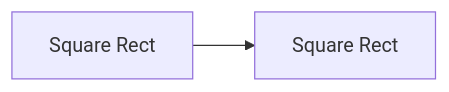
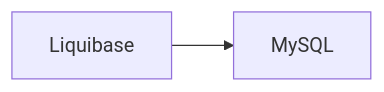
One commit to erinlkolp/liquibase-percona-mysql-docker-demo changed the diagram in README.md. Above: the diagram before and after it, drawn with Mermaid.

Commit message:
Updates Readme. Test this please.

````diff
--- a/README.md
+++ b/README.md
@@ -7,4 +7,4 @@
 ```mermaid
 graph LR
-Liquibase[Square Rect] --> MySQL[Square Rect]
+A[Liquibase] --> B[MySQL]
 ```
````
